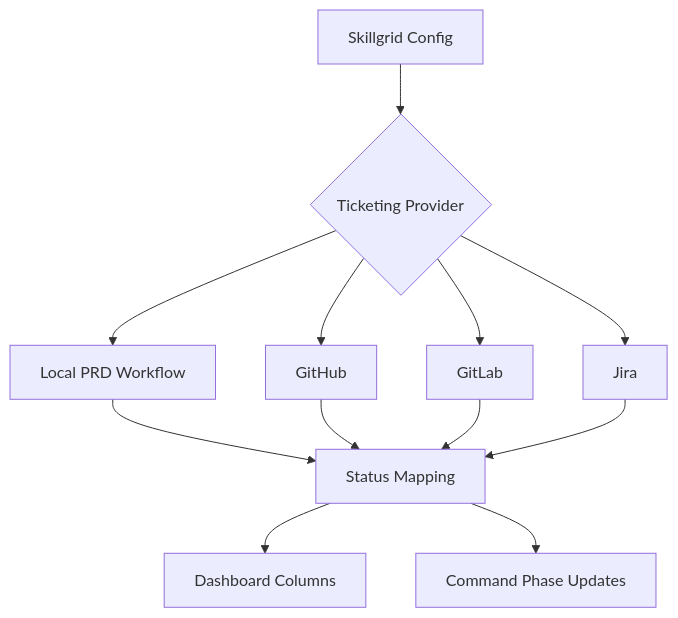
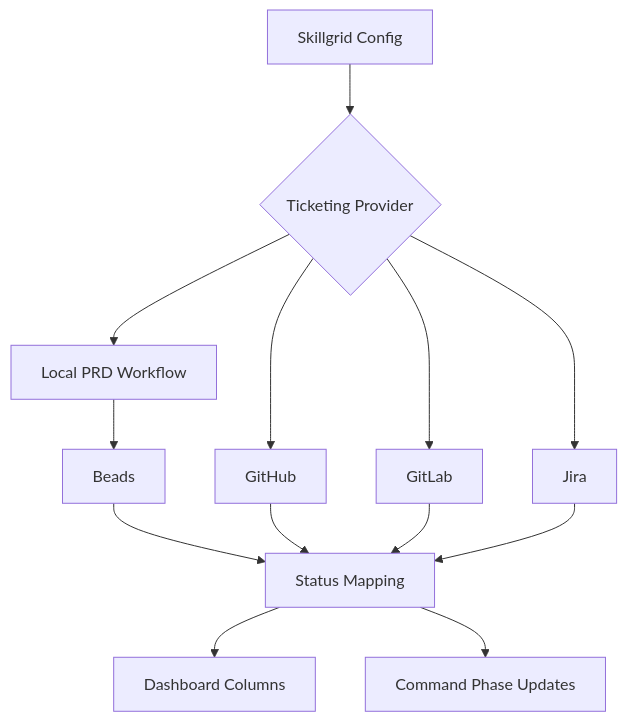
Before and after one commit to devopstales/aiskillgrid: the first of 2 diagrams in docs/10-ticketing-integrations.md, drawn with Mermaid. The commit also changed other lines of this file and 28 other files, not shown here.

````diff
--- a/docs/10-ticketing-integrations.md
+++ b/docs/10-ticketing-integrations.md
@@ -9,14 +9,15 @@
 ```mermaid
 flowchart TD
   Config[Skillgrid Config] --> Provider{Ticketing Provider}
   Provider --> Local[Local PRD Workflow]
   Provider --> GitHub[GitHub]
   Provider --> GitLab[GitLab]
   Provider --> Jira[Jira]
-  Local --> Status[Status Mapping]
+  Local --> Beads[Beads]
+  Beads --> Status[Status Mapping]
   GitHub --> Status
   GitLab --> Status
   Jira --> Status
   Status --> Dashboard[Dashboard Columns]
   Status --> Commands[Command Phase Updates]
 ```
````
